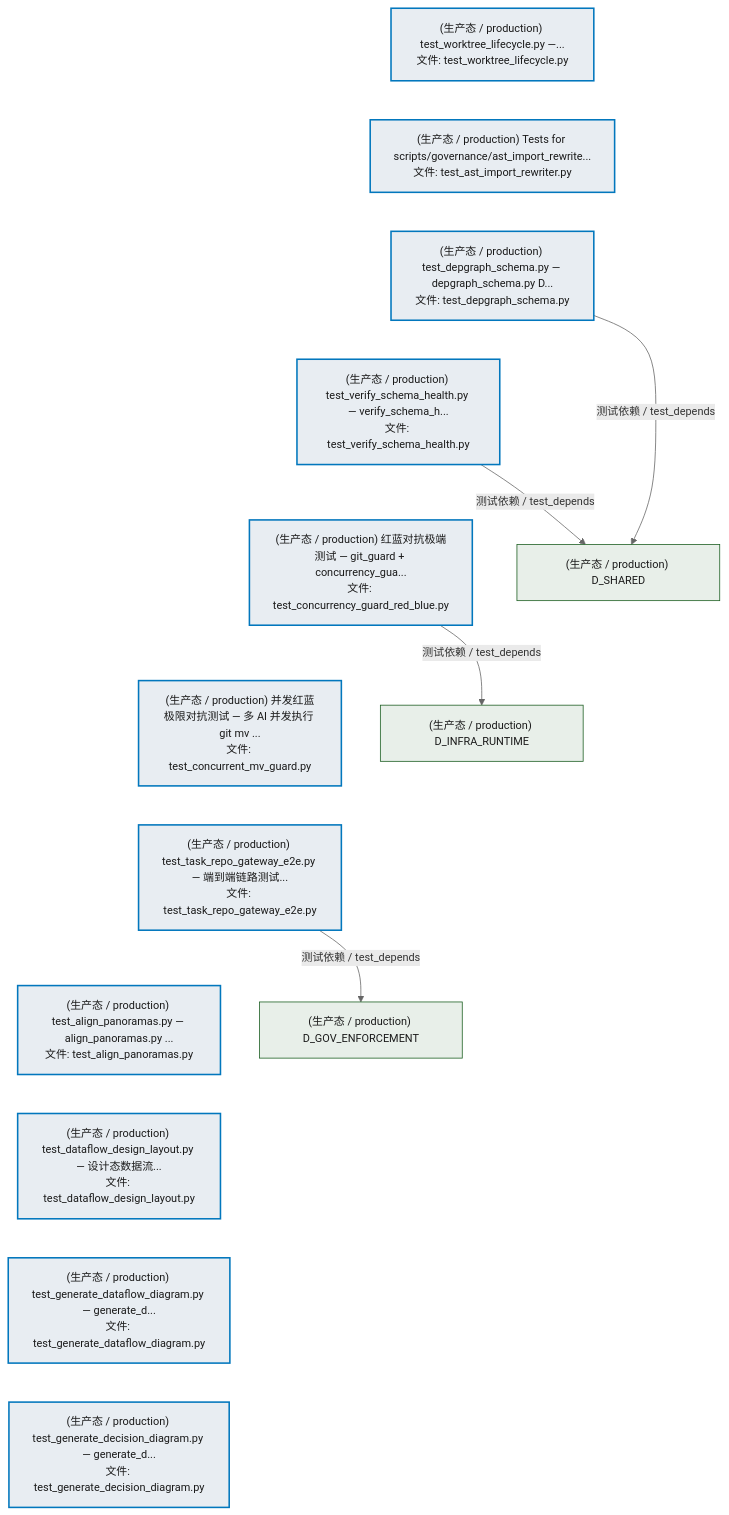
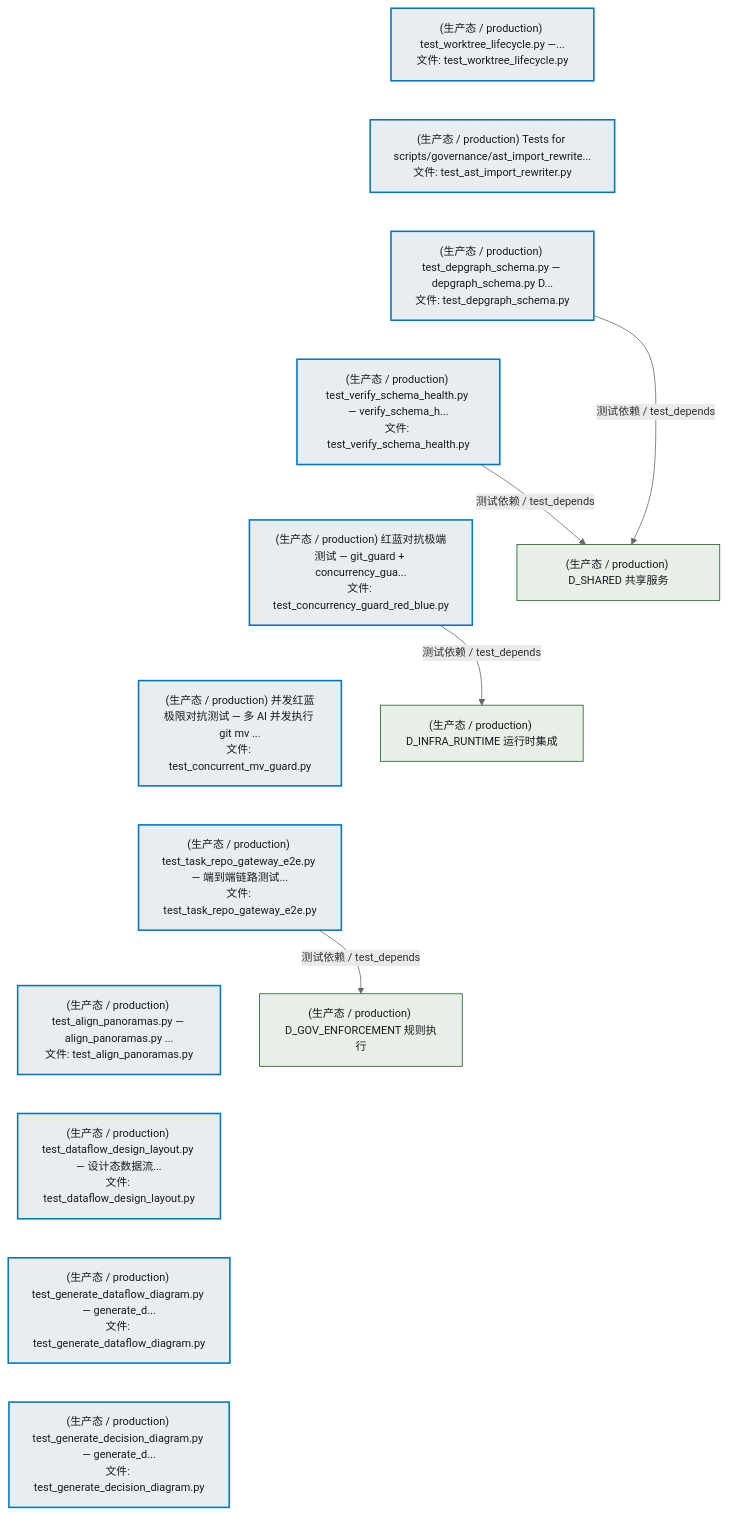
One commit to xuanFelixVan/ZephyrAlpha changed the eighth of 10 diagrams in docs/02_enterprise_architecture/02_domain_architecture_docs/49_d_governance.md. Above: the diagram before and after it, drawn with Mermaid. The commit also changed other lines of this file and 45 other files, not shown here.

````diff
--- a/docs/02_enterprise_architecture/02_domain_architecture_docs/49_d_governance.md
+++ b/docs/02_enterprise_architecture/02_domain_architecture_docs/49_d_governance.md
@@ -1125,38 +1124,38 @@
 ```mermaid
 %%{init: {'theme': 'base', 'themeVariables': {'primaryColor': '#eaeaea', 'primaryTextColor': '#333333', 'primaryBorderColor': '#666666', 'lineColor': '#666666', 'secondaryColor': '#eaeaea', 'tertiaryColor': '#eaeaea', 'fontSize': '14px'}}}%%
 flowchart TD
     tests_governance_rule_bridge_test_worktree_lifecycle_py["(生产态 / production) test_worktree_lifecycle.py —...<br/>文件: test_worktree_lifecycle.py"]
     tests_governance_test_ast_import_rewriter_py["(生产态 / production) Tests for scripts/governance/ast_import_rewrite...<br/>文件: test_ast_import_rewriter.py"]
     tests_io_test_depgraph_schema_py["(生产态 / production) test_depgraph_schema.py — depgraph_schema.py D...<br/>文件: test_depgraph_schema.py"]
     tests_io_test_verify_schema_health_py["(生产态 / production) test_verify_schema_health.py — verify_schema_h...<br/>文件: test_verify_schema_health.py"]
     tests_rollback_test_concurrency_guard_red_blue_py["(生产态 / production) 红蓝对抗极端测试 — git_guard + concurrency_gua...<br/>文件: test_concurrency_guard_red_blue.py"]
     tests_rollback_test_concurrent_mv_guard_py["(生产态 / production) 并发红蓝极限对抗测试 — 多 AI 并发执行 git mv ...<br/>文件: test_concurrent_mv_guard.py"]
     tests_task_test_task_repo_gateway_e2e_py["(生产态 / production) test_task_repo_gateway_e2e.py — 端到端链路测试...<br/>文件: test_task_repo_gateway_e2e.py"]
     tests_test_align_panoramas_py["(生产态 / production) test_align_panoramas.py — align_panoramas.py ...<br/>文件: test_align_panoramas.py"]
     tests_test_dataflow_design_layout_py["(生产态 / production) test_dataflow_design_layout.py — 设计态数据流...<br/>文件: test_dataflow_design_layout.py"]
     tests_test_generate_dataflow_diagram_py["(生产态 / production) test_generate_dataflow_diagram.py — generate_d...<br/>文件: test_generate_dataflow_diagram.py"]
     tests_test_generate_decision_diagram_py["(生产态 / production) test_generate_decision_diagram.py — generate_d...<br/>文件: test_generate_decision_diagram.py"]
     tests_governance_rule_bridge_test_worktree_lifecycle_py ~~~ tests_governance_test_ast_import_rewriter_py
     tests_governance_test_ast_import_rewriter_py ~~~ tests_io_test_depgraph_schema_py
     tests_io_test_depgraph_schema_py ~~~ tests_io_test_verify_schema_health_py
     tests_io_test_verify_schema_health_py ~~~ tests_rollback_test_concurrency_guard_red_blue_py
     tests_rollback_test_concurrency_guard_red_blue_py ~~~ tests_rollback_test_concurrent_mv_guard_py
     tests_rollback_test_concurrent_mv_guard_py ~~~ tests_task_test_task_repo_gateway_e2e_py
     tests_task_test_task_repo_gateway_e2e_py ~~~ tests_test_align_panoramas_py
     tests_test_align_panoramas_py ~~~ tests_test_dataflow_design_layout_py
     tests_test_dataflow_design_layout_py ~~~ tests_test_generate_dataflow_diagram_py
     tests_test_generate_dataflow_diagram_py ~~~ tests_test_generate_decision_diagram_py
-    D_GOV_ENFORCEMENT["(生产态 / production) D_GOV_ENFORCEMENT"]
+    D_SHARED["(生产态 / production) D_SHARED 共享服务"]
+    tests_io_test_depgraph_schema_py -->|测试依赖 / test_depends| D_SHARED
+    D_GOV_ENFORCEMENT["(生产态 / production) D_GOV_ENFORCEMENT 规则执行"]
     tests_task_test_task_repo_gateway_e2e_py -->|测试依赖 / test_depends| D_GOV_ENFORCEMENT
-    D_SHARED["(生产态 / production) D_SHARED"]
     tests_io_test_verify_schema_health_py -->|测试依赖 / test_depends| D_SHARED
-    D_INFRA_RUNTIME["(生产态 / production) D_INFRA_RUNTIME"]
+    D_INFRA_RUNTIME["(生产态 / production) D_INFRA_RUNTIME 运行时集成"]
     tests_rollback_test_concurrency_guard_red_blue_py -->|测试依赖 / test_depends| D_INFRA_RUNTIME
-    tests_io_test_depgraph_schema_py -->|测试依赖 / test_depends| D_SHARED
     classDef production fill:#e8edf2,stroke:#0277bd,stroke-width:2px,color:#1a1a1a
     classDef design fill:#f0ebe3,stroke:#bf360c,stroke-width:2px,color:#1a1a1a,stroke-dasharray: 5 5
     classDef external_prod fill:#e8efe9,stroke:#1b5e20,stroke-width:1px,color:#1a1a1a
     classDef external_design fill:#efe5ea,stroke:#880e4f,stroke-width:1px,color:#1a1a1a,stroke-dasharray: 5 5
     class tests_governance_rule_bridge_test_worktree_lifecycle_py,tests_governance_test_ast_import_rewriter_py,tests_io_test_depgraph_schema_py,tests_io_test_verify_schema_health_py,tests_rollback_test_concurrency_guard_red_blue_py,tests_rollback_test_concurrent_mv_guard_py,tests_task_test_task_repo_gateway_e2e_py,tests_test_align_panoramas_py,tests_test_dataflow_design_layout_py,tests_test_generate_dataflow_diagram_py,tests_test_generate_decision_diagram_py production
-    class D_GOV_ENFORCEMENT,D_SHARED,D_INFRA_RUNTIME external_prod
+    class D_SHARED,D_GOV_ENFORCEMENT,D_INFRA_RUNTIME external_prod
 ```
````
